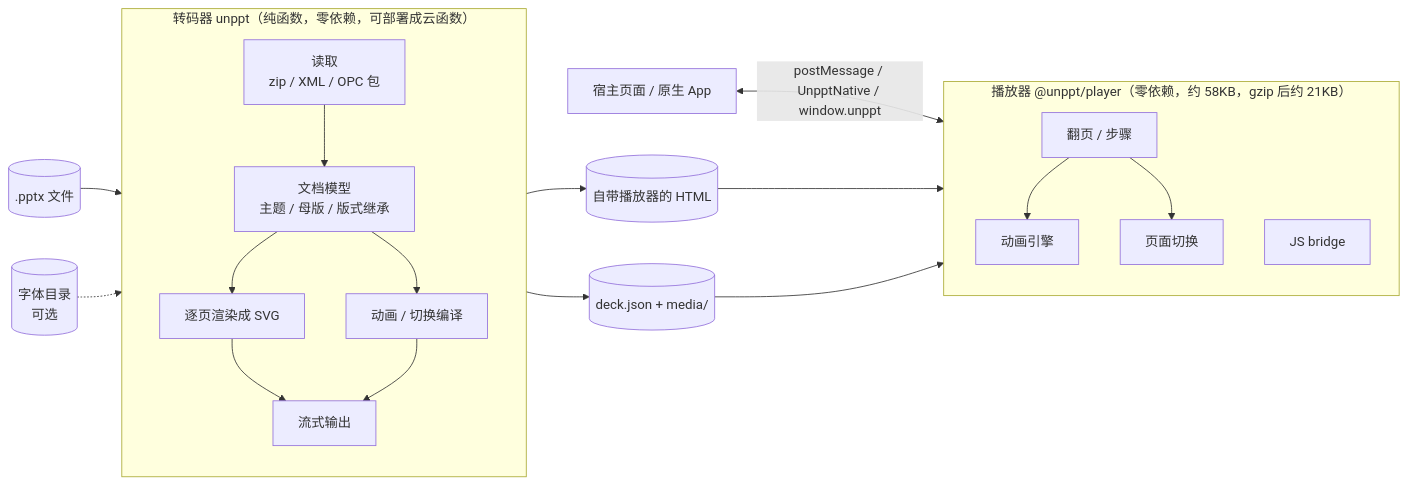
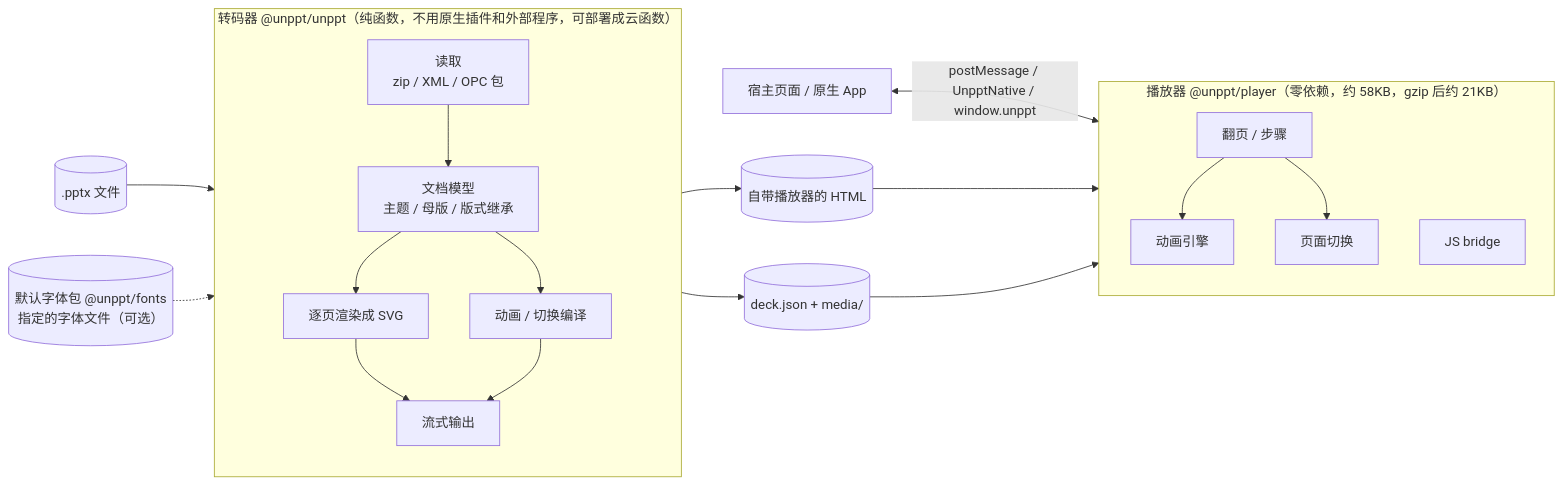
The first of 5 diagrams in docs/architecture.md (spitmaster/unppt), drawn with Mermaid before and after one commit. The commit also changed other lines of this file and 2 other files, not shown here.

Commit message:
docs: 架构文档对照 0.3.1 代码更新——字体包作为输入、checkFonts / cli-check.ts / node-fonts.ts、字体库 library.ts、可变字体实例、符号字体 cmap、图表文字字体 chart-fonts.ts、标点禁则 kinsoku.ts、出图按能画全文字选字体；效果数字换成 0.3.1 测试报告；去掉已全部完成的"重构前的问题"表和已解决的"可变字体"差距

````diff
--- a/docs/architecture.md
+++ b/docs/architecture.md
@@ -8,24 +8,24 @@
 ```mermaid
 flowchart LR
   pptx[(.pptx 文件)] --> T
-  fonts[(字体目录<br/>可选)] -.-> T
-  subgraph T["转码器 unppt（纯函数，零依赖，可部署成云函数）"]
+  fonts[(默认字体包 @unppt/fonts<br/>指定的字体文件（可选）)] -.-> T
+  subgraph T["转码器 @unppt/unppt（纯函数，不用原生插件和外部程序，可部署成云函数）"]
     direction TB
     read[读取<br/>zip / XML / OPC 包] --> model[文档模型<br/>主题 / 母版 / 版式继承]
     model --> render[逐页渲染成 SVG]
     model --> anim[动画 / 切换编译]
     render --> out[流式输出]
     anim --> out
   end
   out --> html[(自带播放器的 HTML)]
   out --> json[(deck.json + media/)]
   html --> P
   json --> P
   subgraph P["播放器 @unppt/player（零依赖，约 58KB，gzip 后约 21KB）"]
     direction TB
     nav[翻页 / 步骤] --> engine[动画引擎]
     nav --> trans[页面切换]
     bridge[JS bridge]
   end
   host[宿主页面 / 原生 App] <-->|"postMessage / UnpptNative / window.unppt"| bridge
 ```
````
